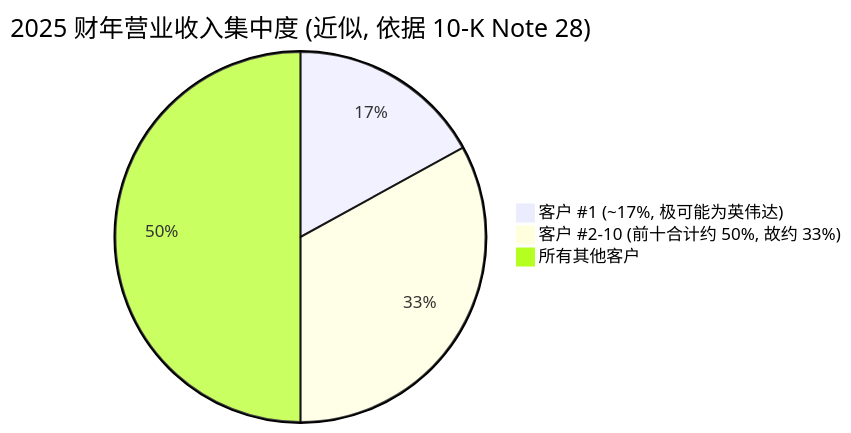
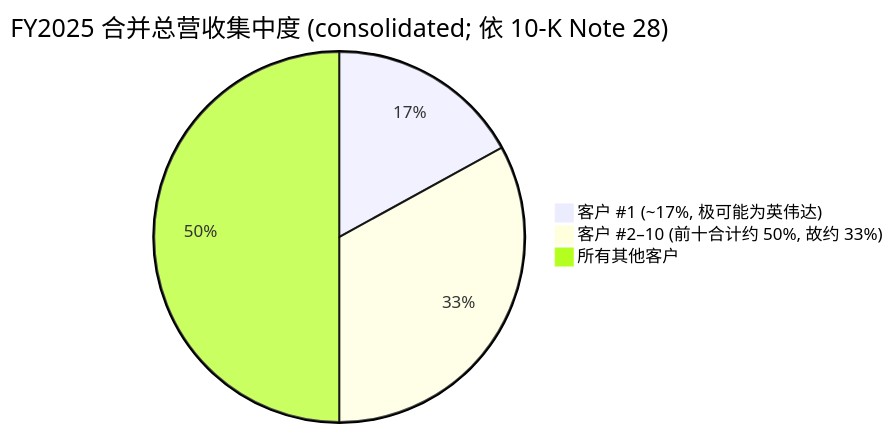
The third of 4 diagrams in reports/company/Micron_NASDAQ_MU/Micron_NASDAQ_MU_公司研究.md (dadachundan/financial_agent), drawn with Mermaid before and after one commit. The commit also changed other lines of this file, not shown here.

````diff
--- a/reports/company/Micron_NASDAQ_MU/Micron_NASDAQ_MU_公司研究.md
+++ b/reports/company/Micron_NASDAQ_MU/Micron_NASDAQ_MU_公司研究.md
@@ -246,6 +454,6 @@
 ```mermaid
-pie title 2025 财年营业收入集中度 (近似, 依据 10-K Note 28)
+pie title FY2025 合并总营收集中度 (consolidated; 依 10-K Note 28)
     "客户 #1 (~17%, 极可能为英伟达)" : 17
-    "客户 #2-10 (前十合计约 50%, 故约 33%)" : 33
+    "客户 #2–10 (前十合计约 50%, 故约 33%)" : 33
     "所有其他客户" : 50
 ```
````
